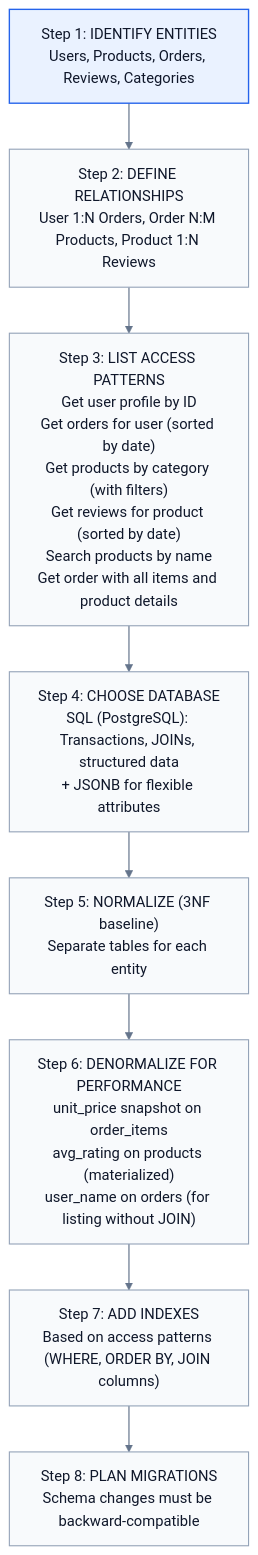
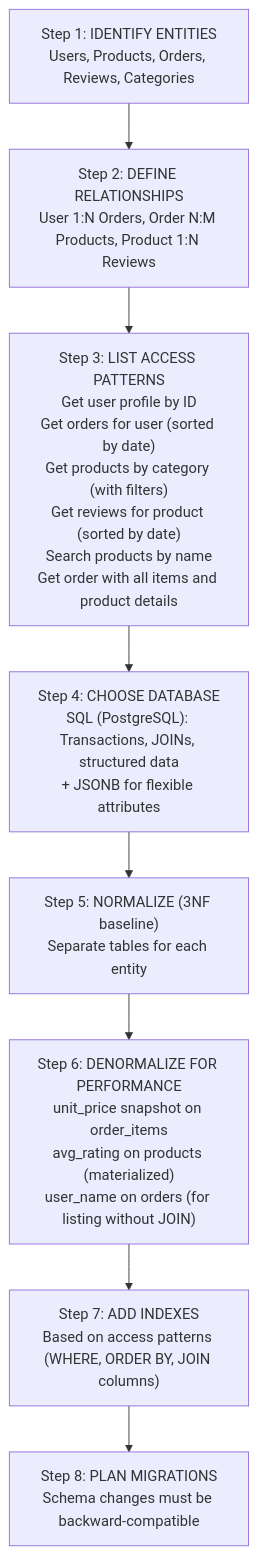
Before and after one commit to shivaram0583/system-design: the second of 2 diagrams in 02-databases/09-schema-design.md, drawn with Mermaid. The commit also changed other lines of this file and 64 other files, not shown here.

````diff
--- a/02-databases/09-schema-design.md
+++ b/02-databases/09-schema-design.md
@@ -323,29 +313,18 @@
 ```mermaid
 flowchart TB
-    classDef primary fill:#eaf2ff,stroke:#2563eb,stroke-width:1.5px,color:#0f172a;
-    classDef secondary fill:#f8fafc,stroke:#94a3b8,stroke-width:1.2px,color:#0f172a;
-    linkStyle default stroke:#64748b,stroke-width:1.3px;
     N0["Step 1: IDENTIFY ENTITIES<br/>Users, Products, Orders, Reviews, Categories"]
-    class N0 primary
     N1["Step 2: DEFINE RELATIONSHIPS<br/>User 1:N Orders, Order N:M Products, Product 1:N Reviews"]
-    class N1 secondary
     N2["Step 3: LIST ACCESS PATTERNS<br/>Get user profile by ID<br/>Get orders for user (sorted by date)<br/>Get products by category (with filters)<br/>Get reviews for product (sorted by date)<br/>Search products by name<br/>Get order with all items and product details"]
-    class N2 secondary
     N3["Step 4: CHOOSE DATABASE<br/>SQL (PostgreSQL): Transactions, JOINs, structured data<br/>+ JSONB for flexible attributes"]
-    class N3 secondary
     N4["Step 5: NORMALIZE (3NF baseline)<br/>Separate tables for each entity"]
-    class N4 secondary
     N5["Step 6: DENORMALIZE FOR PERFORMANCE<br/>unit_price snapshot on order_items<br/>avg_rating on products (materialized)<br/>user_name on orders (for listing without JOIN)"]
-    class N5 secondary
     N6["Step 7: ADD INDEXES<br/>Based on access patterns (WHERE, ORDER BY, JOIN columns)"]
-    class N6 secondary
     N7["Step 8: PLAN MIGRATIONS<br/>Schema changes must be backward-compatible"]
-    class N7 secondary
     N0 --> N1
     N1 --> N2
     N2 --> N3
     N3 --> N4
     N4 --> N5
     N5 --> N6
     N6 --> N7
 ```
````
